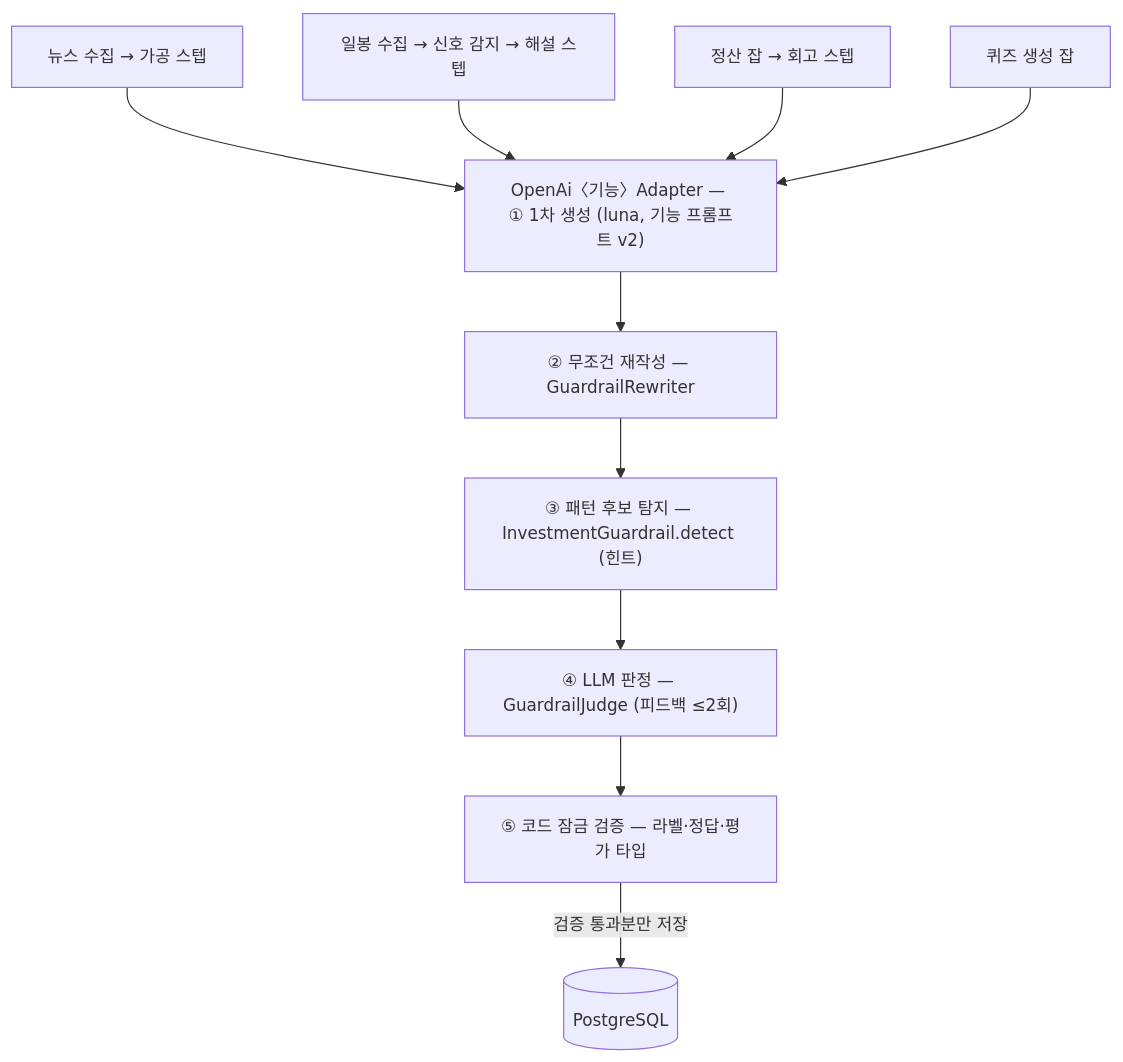
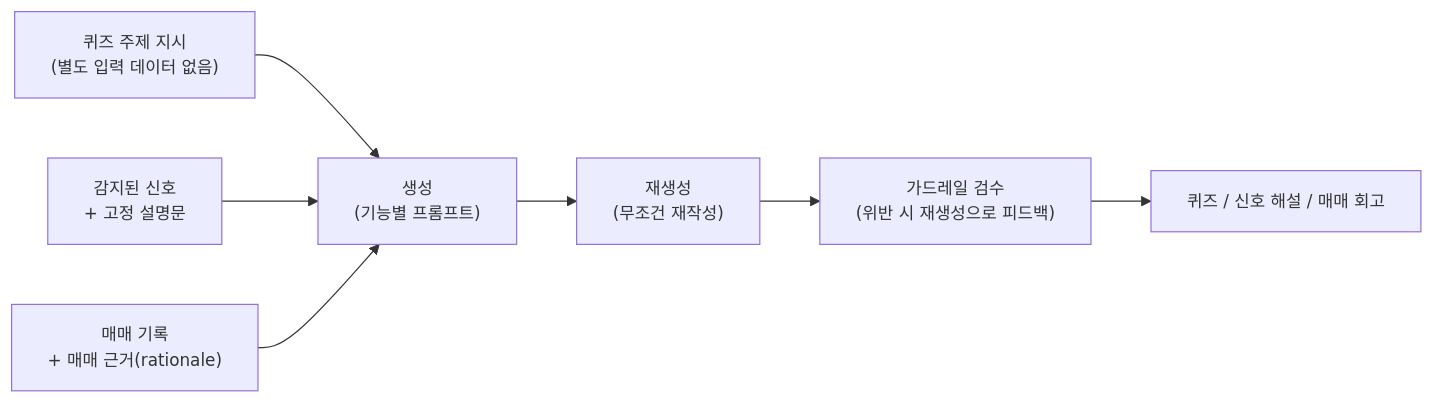
One commit to sttak-app/sttak-docs changed the diagram in ai-feature/3-1-architecture.md. Above: the diagram before and after it, drawn with Mermaid. The commit also changed other lines of this file and 28 other files, not shown here.

````diff
--- a/ai-feature/3-1-architecture.md
+++ b/ai-feature/3-1-architecture.md
@@ -10,14 +24,10 @@
 ```mermaid
 %%{init: {"themeVariables": {"fontSize": "14px"}}}%%
-flowchart TB
-    J1["뉴스 수집 → 가공 스텝"] --> GEN
-    J2["일봉 수집 → 신호 감지 → 해설 스텝"] --> GEN
-    J3["정산 잡 → 회고 스텝"] --> GEN
-    J4["퀴즈 생성 잡"] --> GEN
-    GEN["OpenAi〈기능〉Adapter — ① 1차 생성 (luna, 기능 프롬프트 v2)"]
-    GEN --> RW["② 무조건 재작성 — GuardrailRewriter"]
-    RW --> DET["③ 패턴 후보 탐지 — InvestmentGuardrail.detect (힌트)"]
-    DET --> JG["④ LLM 판정 — GuardrailJudge (피드백 ≤2회)"]
-    JG --> LOCK["⑤ 코드 잠금 검증 — 라벨·정답·평가 타입"]
-    LOCK -- "검증 통과분만 저장" --> PG[("PostgreSQL")]
+flowchart LR
+    Q["퀴즈 주제 지시<br/>(별도 입력 데이터 없음)"] --> GEN
+    S["감지된 신호<br/>+ 고정 설명문"] --> GEN
+    R["매매 기록<br/>+ 매매 근거(rationale)"] --> GEN
+    GEN["생성<br/>(기능별 프롬프트)"] --> RW["재생성<br/>(무조건 재작성)"]
+    RW --> GD["가드레일 검수<br/>(위반 시 재생성으로 피드백)"]
+    GD --> OUT["퀴즈 / 신호 해설 / 매매 회고"]
 ```
````
